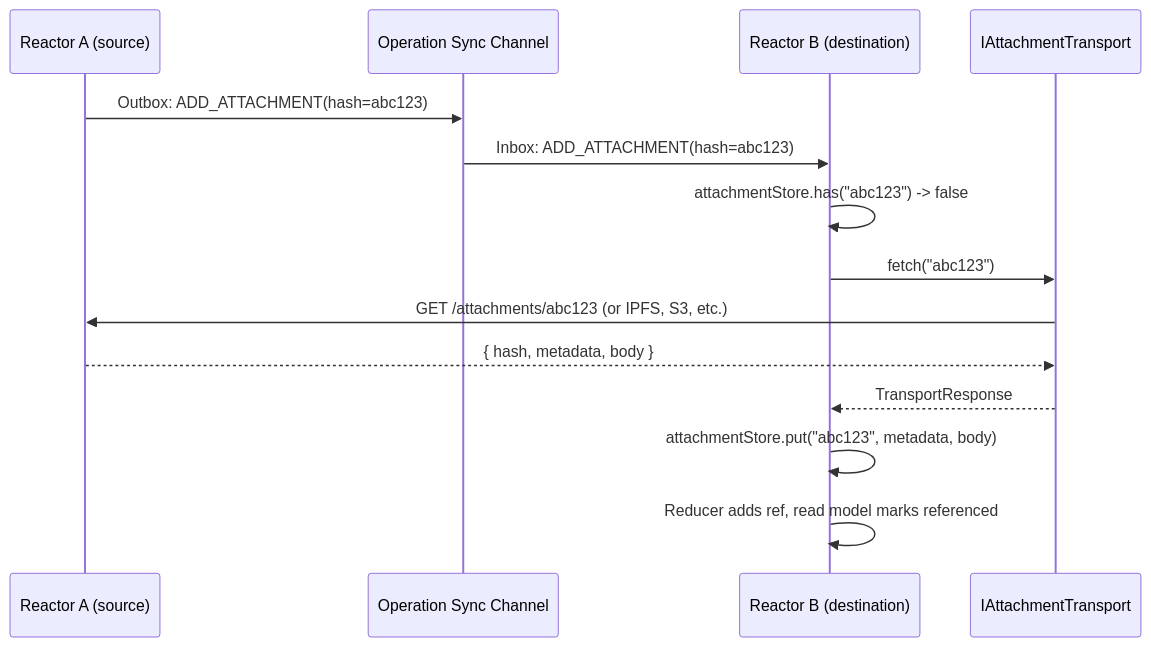
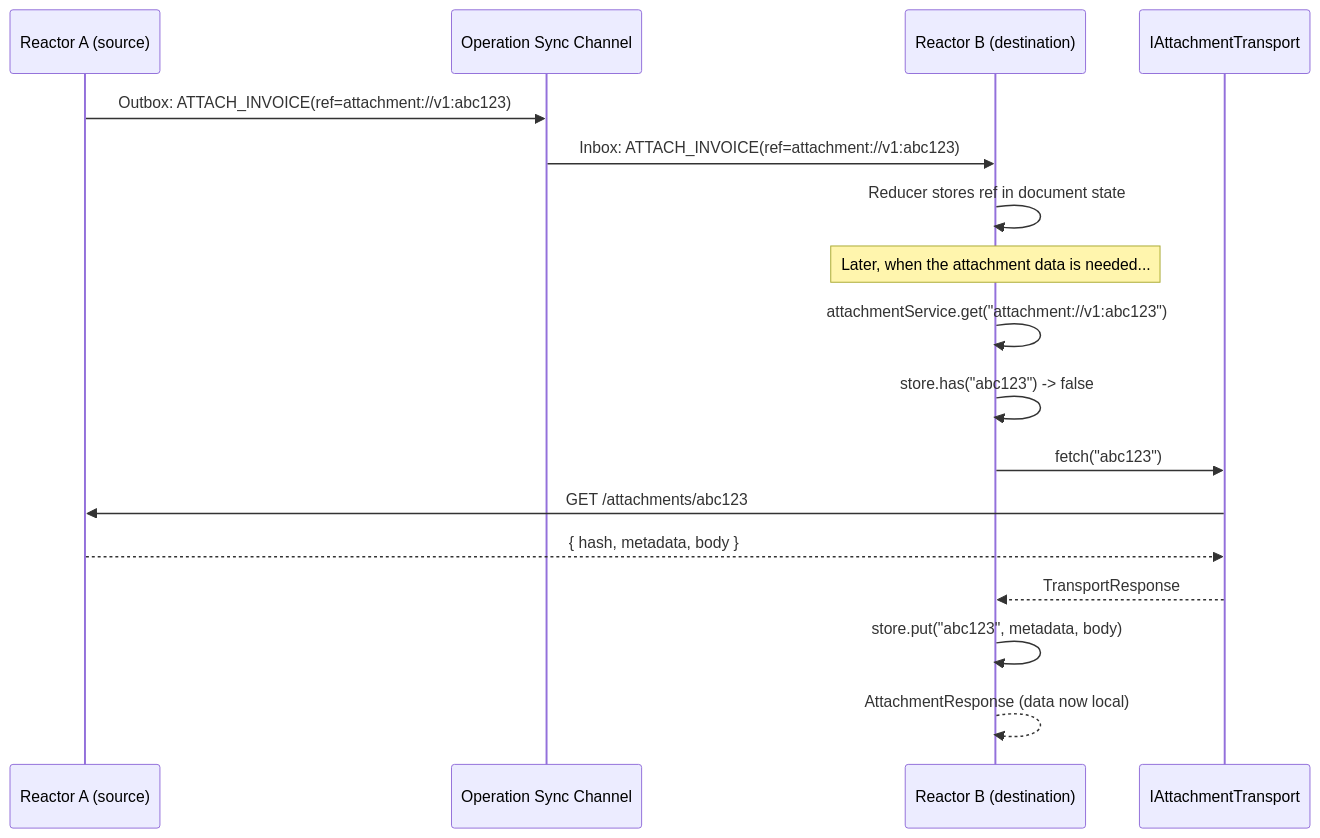
The third of 8 diagrams in packages/reactor/docs/attachments.md (powerhouse-inc/powerhouse), drawn with Mermaid before and after one commit. The commit also changed other lines of this file, not shown here.

Commit message:
chore: removing operations and simplifying upload through attachment service

````diff
--- a/packages/reactor/docs/attachments.md
+++ b/packages/reactor/docs/attachments.md
@@ -561,21 +455,22 @@
 ```mermaid
 sequenceDiagram
     participant ReactorA as Reactor A (source)
     participant SyncChannel as Operation Sync Channel
     participant ReactorB as Reactor B (destination)
     participant Transport as IAttachmentTransport
 
-    ReactorA->>SyncChannel: Outbox: ADD_ATTACHMENT(hash=abc123)
-    SyncChannel->>ReactorB: Inbox: ADD_ATTACHMENT(hash=abc123)
+    ReactorA->>SyncChannel: Outbox: ATTACH_INVOICE(ref=attachment://v1:abc123)
+    SyncChannel->>ReactorB: Inbox: ATTACH_INVOICE(ref=attachment://v1:abc123)
+    ReactorB->>ReactorB: Reducer stores ref in document state
 
-    ReactorB->>ReactorB: attachmentStore.has("abc123") -> false
+    Note over ReactorB: Later, when the attachment data is needed...
 
+    ReactorB->>ReactorB: attachmentService.get("attachment://v1:abc123")
+    ReactorB->>ReactorB: store.has("abc123") -> false
     ReactorB->>Transport: fetch("abc123")
-    Transport->>ReactorA: GET /attachments/abc123 (or IPFS, S3, etc.)
+    Transport->>ReactorA: GET /attachments/abc123
     ReactorA-->>Transport: { hash, metadata, body }
     Transport-->>ReactorB: TransportResponse
-
-    ReactorB->>ReactorB: attachmentStore.put("abc123", metadata, body)
-
-    ReactorB->>ReactorB: Reducer adds ref, read model marks referenced
+    ReactorB->>ReactorB: store.put("abc123", metadata, body)
+    ReactorB-->>ReactorB: AttachmentResponse (data now local)
 ```
````
